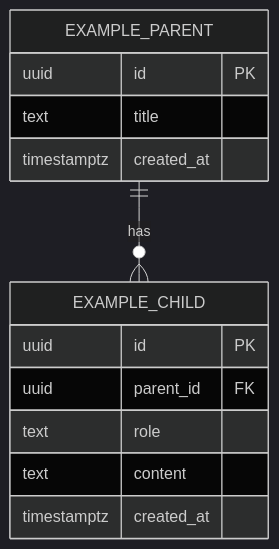
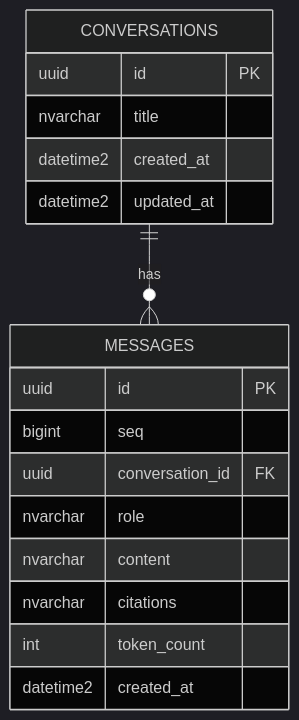
Before and after one commit to YousefElgameel/New-Template-Workshop: the diagram in docs/design/db-design.md, drawn with Mermaid (dark theme). The commit also changed other lines of this file and 99 other files, not shown here.

````diff
--- a/docs/design/db-design.md
+++ b/docs/design/db-design.md
@@ -20,16 +21,20 @@
 ```mermaid
 erDiagram
-    EXAMPLE_PARENT ||--o{ EXAMPLE_CHILD : has
-    EXAMPLE_PARENT {
+    CONVERSATIONS ||--o{ MESSAGES : has
+    CONVERSATIONS {
         uuid id PK
-        text title
-        timestamptz created_at
+        nvarchar title
+        datetime2 created_at
+        datetime2 updated_at
     }
-    EXAMPLE_CHILD {
+    MESSAGES {
         uuid id PK
-        uuid parent_id FK
-        text role
-        text content
-        timestamptz created_at
+        bigint seq
+        uuid conversation_id FK
+        nvarchar role
+        nvarchar content
+        nvarchar citations
+        int token_count
+        datetime2 created_at
     }
 ```
````
